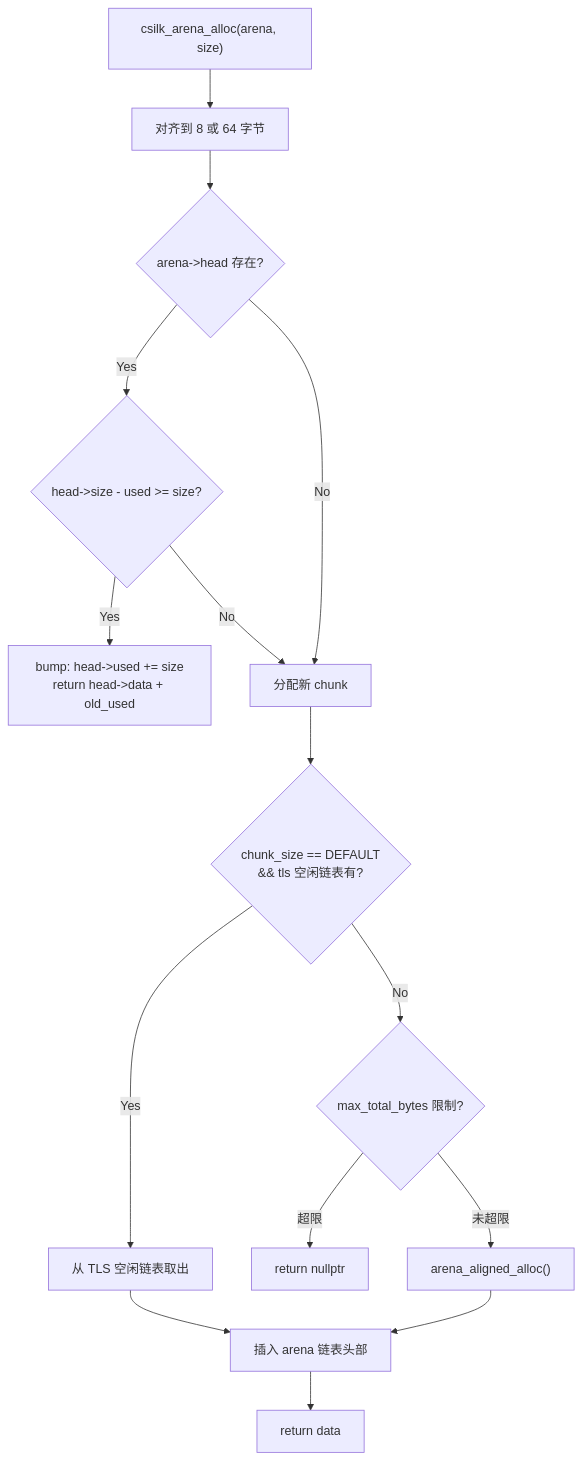
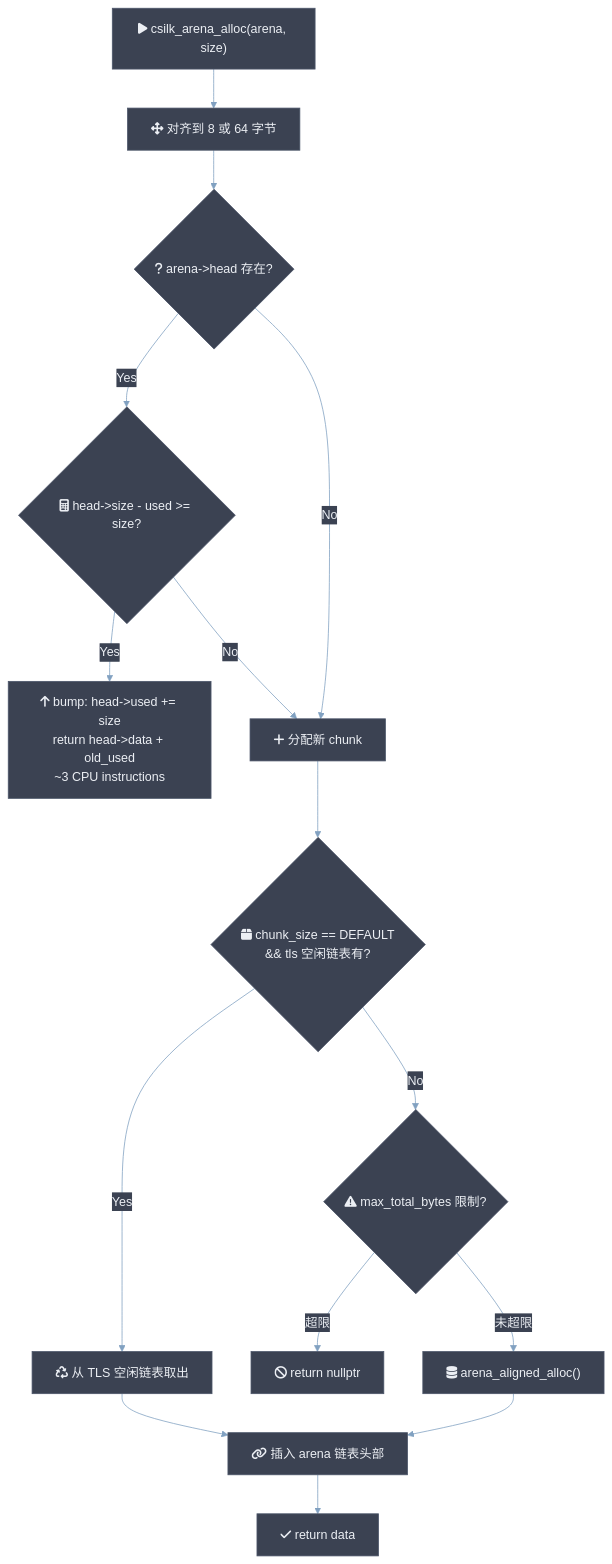
The third of 6 diagrams in docs/module-design/arena.md (quintin-lee/csilk), drawn with Mermaid before and after one commit. The commit also changed other lines of this file and 30 other files, not shown here.

Commit message:
docs(docs): 📝 apply Nord Mermaid theme, RFC 2119 keywords, and quantified metrics to all docs

````diff
--- a/docs/module-design/arena.md
+++ b/docs/module-design/arena.md
@@ -87,18 +133,40 @@
 ```mermaid
+%%{init: {
+  'theme': 'base',
+  'themeVariables': {
+    'background': '#2E3440',
+    'primaryColor': '#81A1C1',
+    'primaryBorderColor': '#4C566A',
+    'primaryTextColor': '#ECEFF4',
+    'secondaryColor': '#3B4252',
+    'secondaryBorderColor': '#434C5E',
+    'secondaryTextColor': '#D8DEE9',
+    'lineColor': '#81A1C1',
+    'textColor': '#ECEFF4',
+    'mainBkg': '#3B4252',
+    'nodeBorder': '#4C566A',
+    'clusterBkg': '#2E3440',
+    'clusterBorder': '#4C566A',
+    'titleColor': '#ECEFF4',
+    'edgeLabelBackground': '#3B4252',
+    'nodeTextColor': '#ECEFF4'
+  },
+  'flowchart': {'htmlLabels': true, 'curve': 'basis'}
+}}%%
 flowchart TB
-    ALLOC["csilk_arena_alloc(arena, size)"] --> ALIGN["对齐到 8 或 64 字节"]
-    ALIGN --> EXISTS{"arena->head 存在?"}
-    EXISTS -->|Yes| CHECK{"head->size - used >= size?"}
-    CHECK -->|Yes| BUMP["bump: head->used += size<br/>return head->data + old_used"]
+    ALLOC["fa:fa-play csilk_arena_alloc(arena, size)"] --> ALIGN["fa:fa-arrows-alt 对齐到 8 或 64 字节"]
+    ALIGN --> EXISTS{"fa:fa-question arena->head 存在?"}
+    EXISTS -->|Yes| CHECK{"fa:fa-calculator head->size - used >= size?"}
+    CHECK -->|Yes| BUMP["fa:fa-arrow-up bump: head->used += size<br/>return head->data + old_used<br/>~3 CPU instructions"]
     CHECK -->|No| NEW_CHUNK
-    EXISTS -->|No| NEW_CHUNK["分配新 chunk"]
+    EXISTS -->|No| NEW_CHUNK["fa:fa-plus 分配新 chunk"]
 
-    NEW_CHUNK --> TLS{"chunk_size == DEFAULT<br/>&& tls 空闲链表有?"}
-    TLS -->|Yes| REUSE["从 TLS 空闲链表取出"]
-    TLS -->|No| OOM_CHECK{"max_total_bytes 限制?"}
-    OOM_CHECK -->|超限| FAIL["return nullptr"]
-    OOM_CHECK -->|未超限| MALLOC["arena_aligned_alloc()"]
-    REUSE --> LINK["插入 arena 链表头部"]
+    NEW_CHUNK --> TLS{"fa:fa-box chunk_size == DEFAULT<br/>&& tls 空闲链表有?"}
+    TLS -->|Yes| REUSE["fa:fa-recycle 从 TLS 空闲链表取出"]
+    TLS -->|No| OOM_CHECK{"fa:fa-warning max_total_bytes 限制?"}
+    OOM_CHECK -->|超限| FAIL["fa:fa-ban return nullptr"]
+    OOM_CHECK -->|未超限| MALLOC["fa:fa-database arena_aligned_alloc()"]
+    REUSE --> LINK["fa:fa-link 插入 arena 链表头部"]
     MALLOC --> LINK
-    LINK --> DONE["return data"]
+    LINK --> DONE["fa:fa-check return data"]
 ```
````
